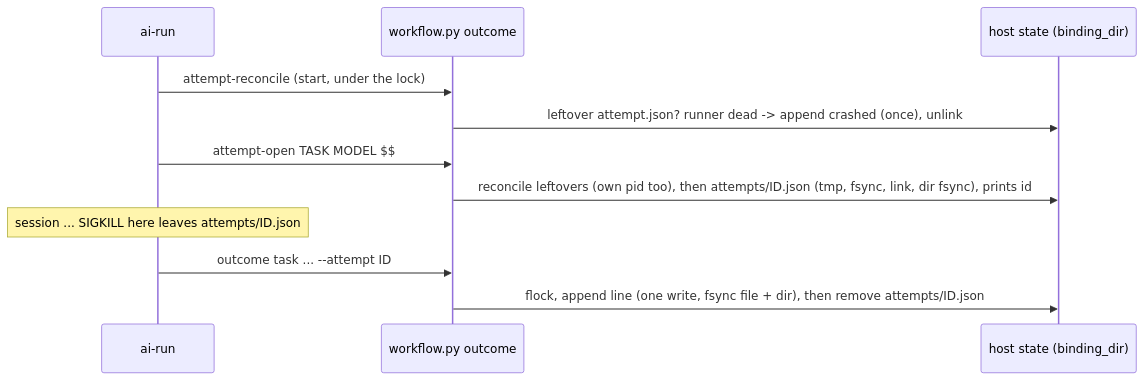
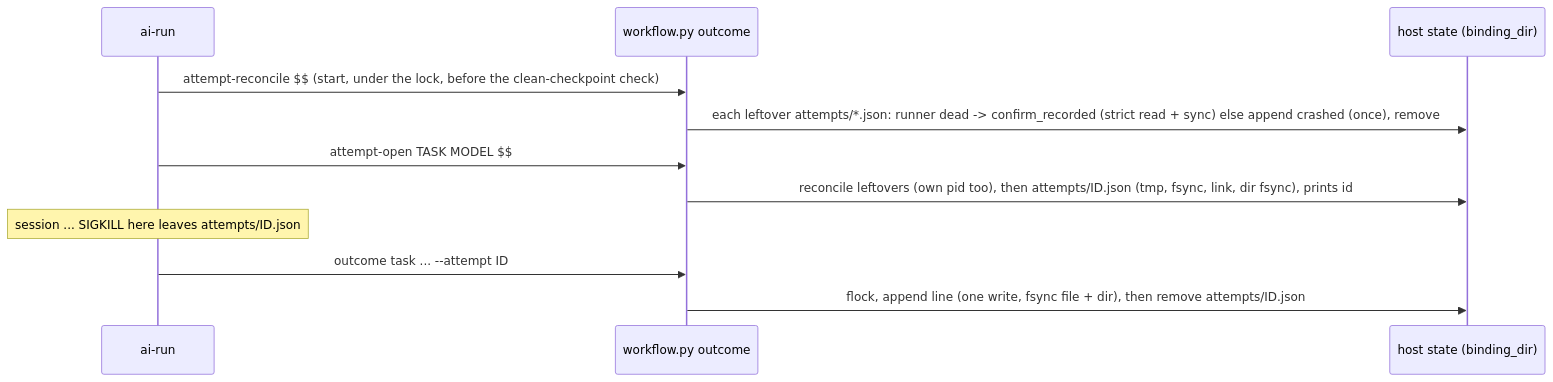
One commit to Muf454/agents changed the diagram in .ai/current-plan.md. Above: the diagram before and after it, drawn with Mermaid. The commit also changed other lines of this file and 6 other files, not shown here.

````diff
--- a/.ai/current-plan.md
+++ b/.ai/current-plan.md
@@ -30,13 +30,13 @@
 ```mermaid
 sequenceDiagram
   participant R as ai-run
   participant H as workflow.py outcome
   participant S as host state (binding_dir)
-  R->>H: attempt-reconcile (start, under the lock)
-  H->>S: leftover attempt.json? runner dead -> append crashed (once), unlink
+  R->>H: attempt-reconcile $$ (start, under the lock, before the clean-checkpoint check)
+  H->>S: each leftover attempts/*.json: runner dead -> confirm_recorded (strict read + sync) else append crashed (once), remove
   R->>H: attempt-open TASK MODEL $$
   H->>S: reconcile leftovers (own pid too), then attempts/ID.json (tmp, fsync, link, dir fsync), prints id
   Note over R: session ... SIGKILL here leaves attempts/ID.json
   R->>H: outcome task ... --attempt ID
   H->>S: flock, append line (one write, fsync file + dir), then remove attempts/ID.json
 ```
````
